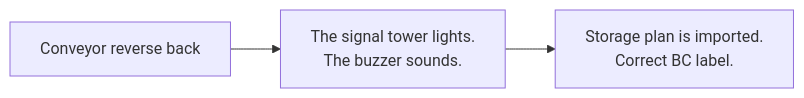
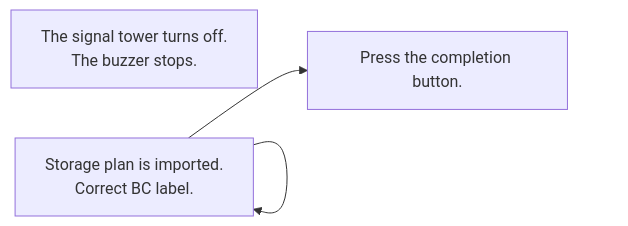
Before and after one commit to luthfiadityaa/SimeDarby-Wiki: the eighth of 8 diagrams in Basic-Design/DFD-WMS/Storage/Unplanned-Storage/Irregular-Cases.md, drawn with Mermaid.

Commit message:
Updated Irregular Cases

```diff
--- a/Basic-Design/DFD-WMS/Storage/Unplanned-Storage/Irregular-Cases.md
+++ b/Basic-Design/DFD-WMS/Storage/Unplanned-Storage/Irregular-Cases.md
@@ -493,19 +493,19 @@
 ::: mermaid
 flowchart LR
 
 buttonlight2["
-The signal tower lights.
-The buzzer sounds.
+The signal tower turns off.
+The buzzer stops.
 "]
 
 buttonlight1["
-Conveyor reverse back
+Press the completion button.
 "]
 
 buttonlight3["
 Storage plan is imported.
 Correct BC label.
 "]
 
-buttonlight1-->buttonlight2-->buttonlight3
+buttonlight3-->buttonlight3-->buttonlight1
 :::
```
